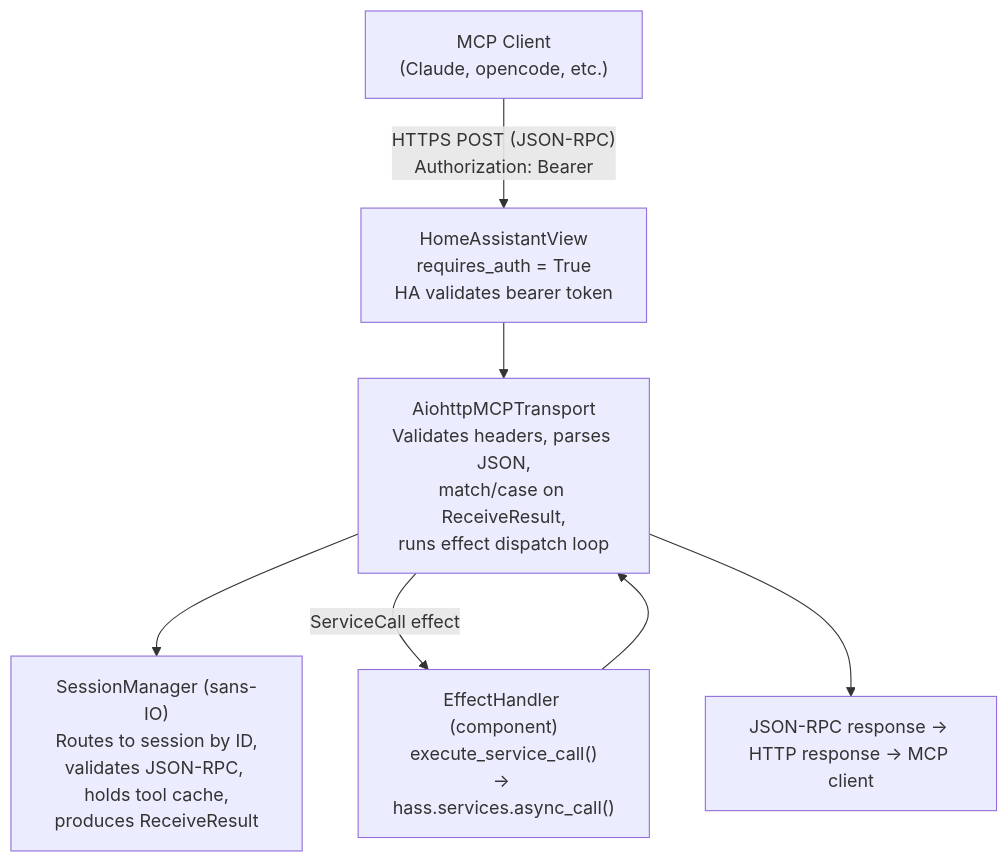
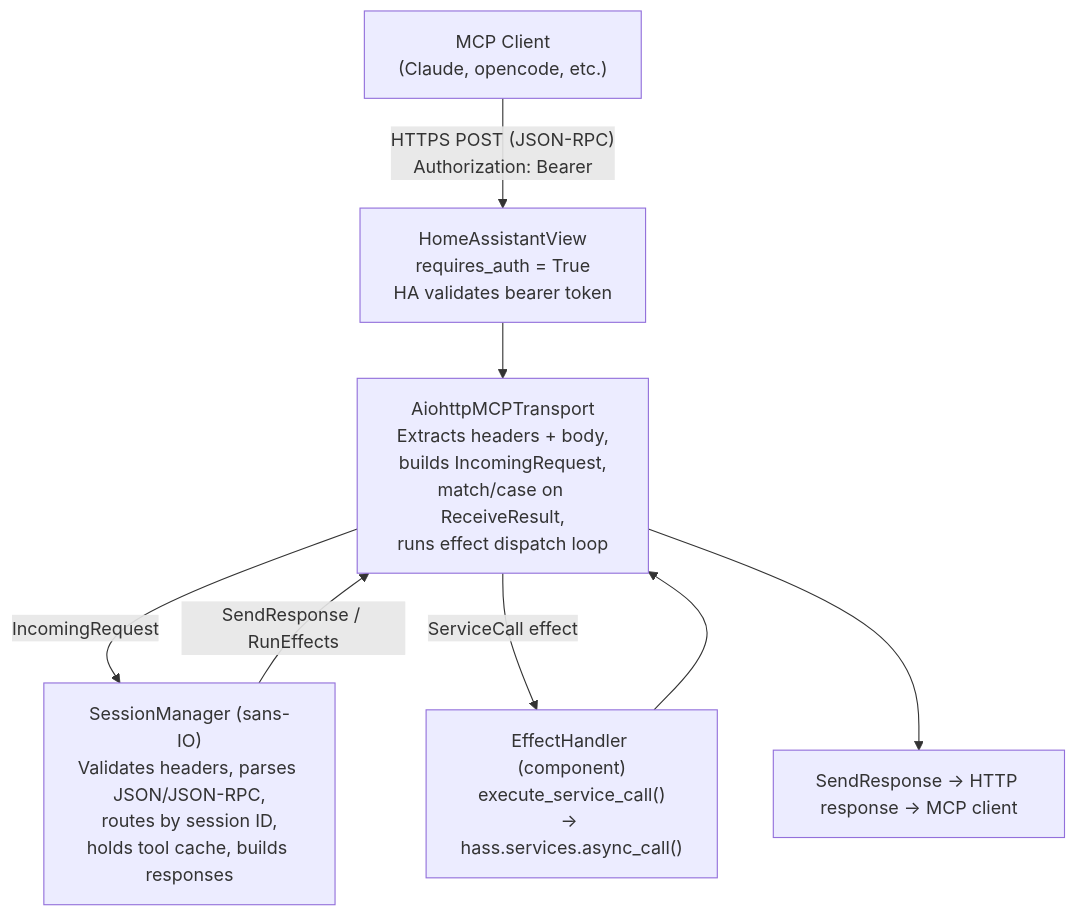
The first of 6 diagrams in docs/src/project/data-flow.md (altendky/hamster-mcp), drawn with Mermaid before and after one commit. The commit also changed other lines of this file and 5 other files, not shown here.

````diff
--- a/docs/src/project/data-flow.md
+++ b/docs/src/project/data-flow.md
@@ -10,16 +10,17 @@
 ```mermaid
 flowchart TB
     client["MCP Client<br/>(Claude, opencode, etc.)"]
     view["HomeAssistantView<br/>requires_auth = True<br/>HA validates bearer token"]
-    transport["AiohttpMCPTransport<br/>Validates headers, parses JSON,<br/>match/case on ReceiveResult,<br/>runs effect dispatch loop"]
-    manager["SessionManager (sans-IO)<br/>Routes to session by ID,<br/>validates JSON-RPC, holds tool cache,<br/>produces ReceiveResult"]
+    transport["AiohttpMCPTransport<br/>Extracts headers + body,<br/>builds IncomingRequest,<br/>match/case on ReceiveResult,<br/>runs effect dispatch loop"]
+    manager["SessionManager (sans-IO)<br/>Validates headers, parses JSON/JSON-RPC,<br/>routes by session ID,<br/>holds tool cache, builds responses"]
     effect["EffectHandler (component)<br/>execute_service_call()<br/>→ hass.services.async_call()"]
-    response["JSON-RPC response → HTTP response → MCP client"]
+    response["SendResponse → HTTP response → MCP client"]
 
     client -->|"HTTPS POST (JSON-RPC)<br/>Authorization: Bearer"| view
     view --> transport
-    transport --> manager
+    transport -->|"IncomingRequest"| manager
+    manager -->|"SendResponse / RunEffects"| transport
     transport -->|"ServiceCall effect"| effect
     effect --> transport
     transport --> response
 ```
````
